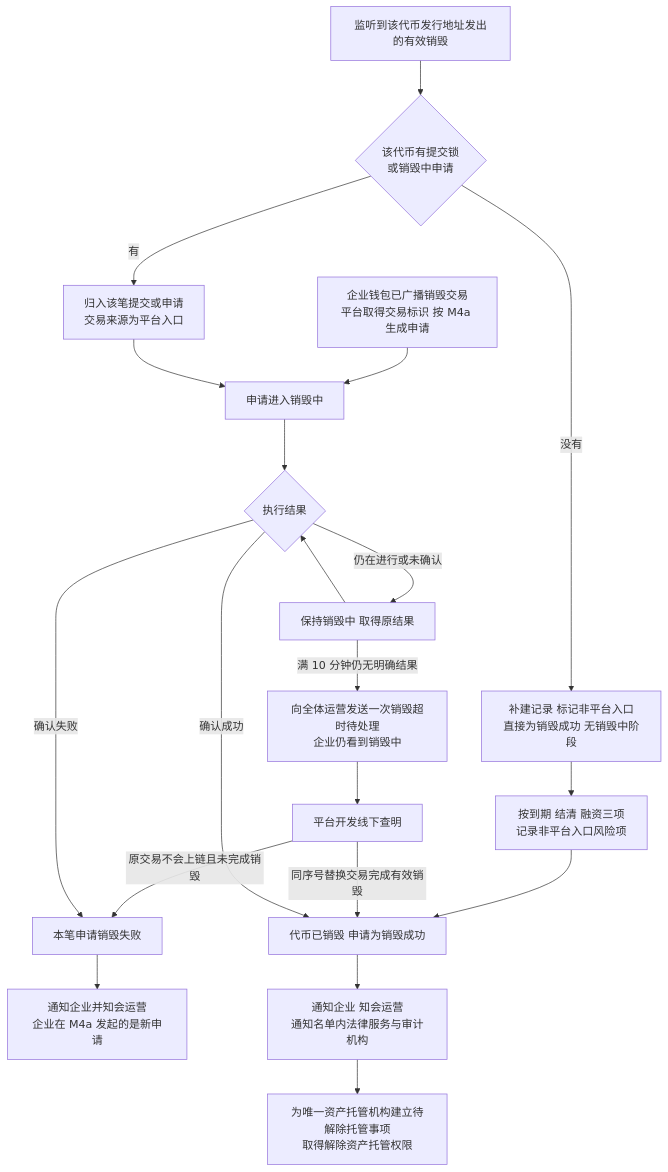
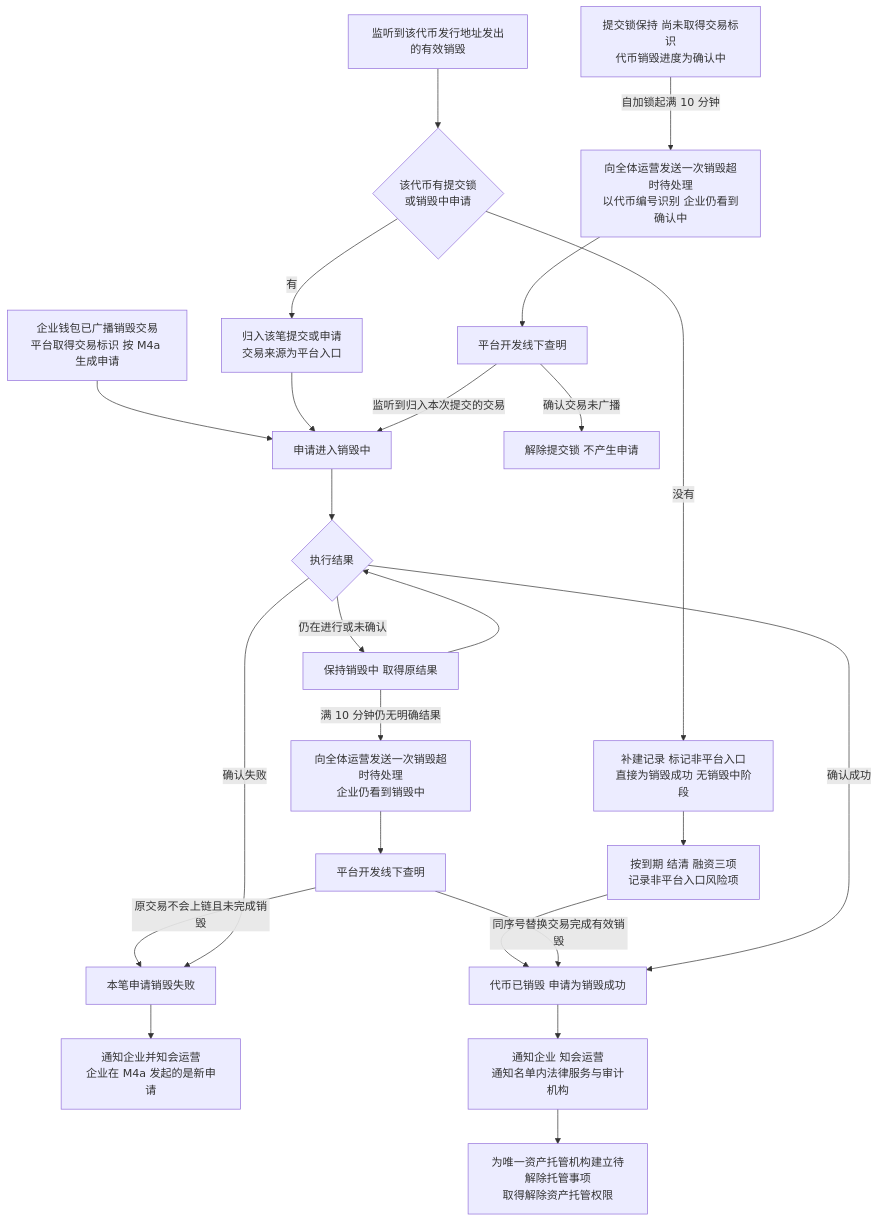
Before and after one commit to wxblockchain/Chain-Financing: the first of 5 diagrams in token-issuance-platform/PRD/管理端/M4b-销毁审核与解除质押/02-销毁审核与解除质押-流程图与状态机.md, drawn with Mermaid. The commit also changed other lines of this file and 21 other files, not shown here.

````diff
--- a/token-issuance-platform/PRD/管理端/M4b-销毁审核与解除质押/02-销毁审核与解除质押-流程图与状态机.md
+++ b/token-issuance-platform/PRD/管理端/M4b-销毁审核与解除质押/02-销毁审核与解除质押-流程图与状态机.md
@@ -18,22 +18,26 @@
 ```mermaid
 flowchart TD
     A[企业钱包已广播销毁交易<br/>平台取得交易标识 按 M4a 生成申请] --> X[申请进入销毁中]
     N[监听到该代币发行地址发出的有效销毁] --> N0{该代币有提交锁<br/>或销毁中申请}
     N0 -->|有| N2[归入该笔提交或申请<br/>交易来源为平台入口]
     N2 --> X
     N0 -->|没有| N1[补建记录 标记非平台入口<br/>直接为销毁成功 无销毁中阶段]
     N1 --> R[按到期 结清 融资三项<br/>记录非平台入口风险项]
     R --> K
     X --> G{执行结果}
     G -->|仍在进行或未确认| H[保持销毁中 取得原结果]
     H --> G
     H -->|满 10 分钟仍无明确结果| T[向全体运营发送一次销毁超时待处理<br/>企业仍看到销毁中]
     T --> D[平台开发线下查明]
     D -->|同序号替换交易完成有效销毁| K
     D -->|原交易不会上链且未完成销毁| I
     G -->|确认失败| I[本笔申请销毁失败]
     I --> J[通知企业并知会运营<br/>企业在 M4a 发起的是新申请]
     G -->|确认成功| K[代币已销毁 申请为销毁成功]
     K --> L[通知企业 知会运营<br/>通知名单内法律服务与审计机构]
     L --> O[为唯一资产托管机构建立待解除托管事项<br/>取得解除资产托管权限]
+    P[提交锁保持 尚未取得交易标识<br/>代币销毁进度为确认中] -->|自加锁起满 10 分钟| P1[向全体运营发送一次销毁超时待处理<br/>以代币编号识别 企业仍看到确认中]
+    P1 --> P2[平台开发线下查明]
+    P2 -->|监听到归入本次提交的交易| X
+    P2 -->|确认交易未广播| P3[解除提交锁 不产生申请]
 ```
````
